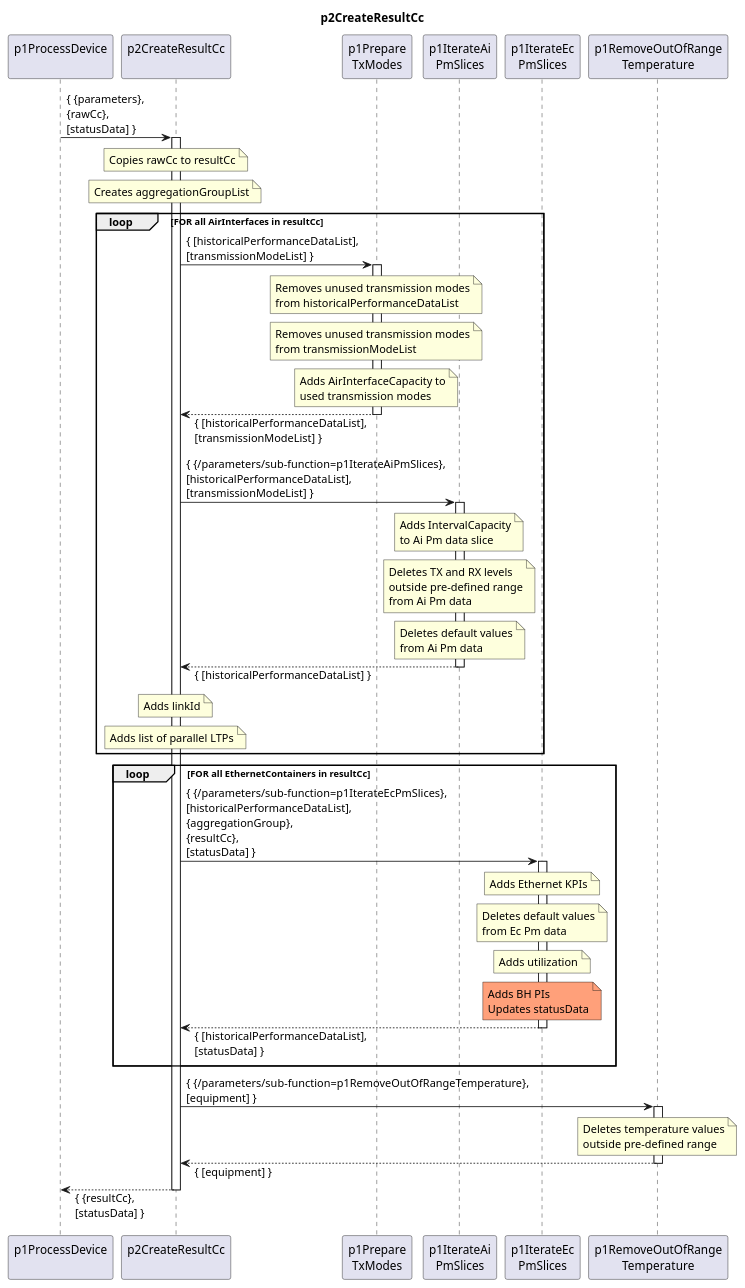
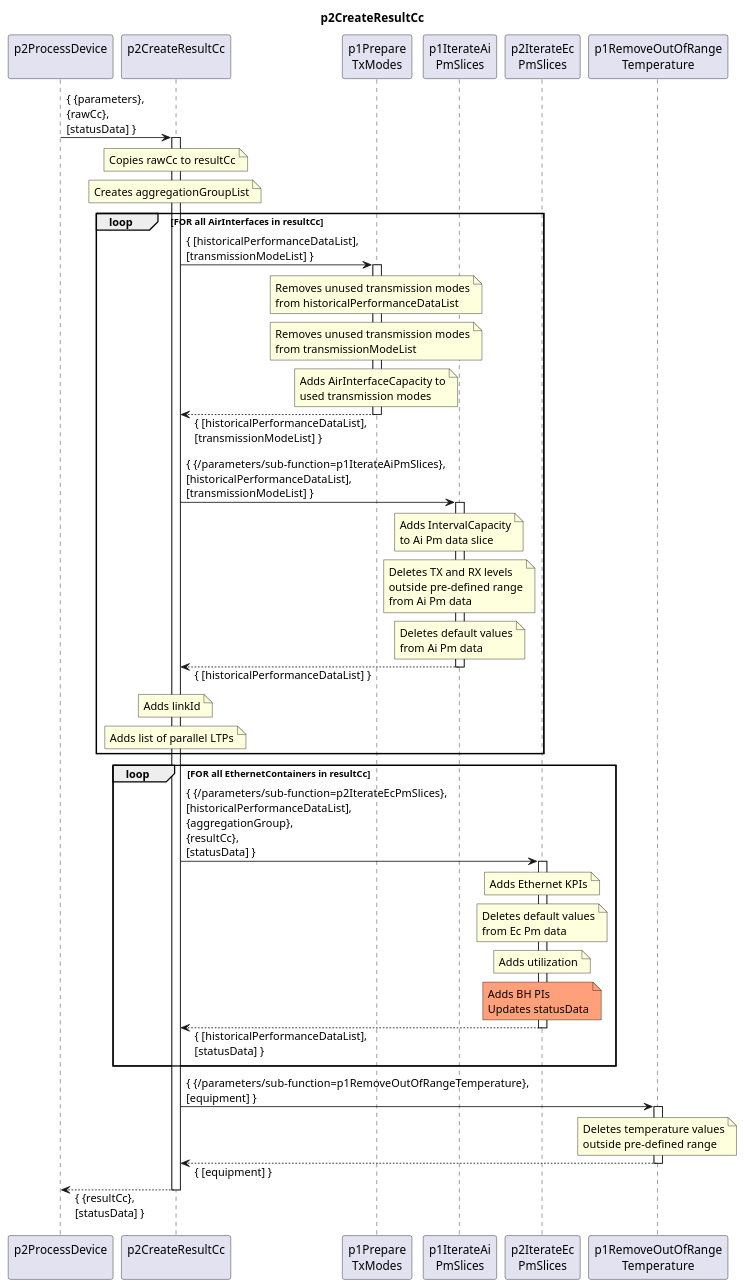
Before and after one commit to openBackhaul/DevicePerformanceManagementDataProcessor: the diagram in spec/Functions/p1StreamPmData/p2ProcessDevice/p2CreateResultCc/1.0.0/p2CreateResultCc.plantuml, drawn with PlantUML. The commit also changed 38 other files, not shown here.

Commit message:
Change versioning from p1IterateEcPmSlices v1.1.0 to p2IterateEcPmSlices v1.0.0

```diff
--- a/spec/Functions/p1StreamPmData/p2ProcessDevice/p2CreateResultCc/1.0.0/p2CreateResultCc.plantuml
+++ b/spec/Functions/p1StreamPmData/p2ProcessDevice/p2CreateResultCc/1.0.0/p2CreateResultCc.plantuml
@@ -1,124 +1,124 @@
 @startuml p2CreateResultCc
 skinparam responseMessageBelowArrow true
 
 title
   p2CreateResultCc
 end title
 
-participant "p1ProcessDevice\n" as requestor
+participant "p2ProcessDevice\n" as requestor
 participant "p2CreateResultCc\n" as cur
 participant "p1Prepare\nTxModes" as p1prepTxModes
 participant "p1IterateAi\nPmSlices" as p1IterateAi
-participant "p1IterateEc\nPmSlices" as p1IterateEc
+participant "p2IterateEc\nPmSlices" as p2IterateEc
 participant "p1RemoveOutOfRange\nTemperature" as p1RemoveTemp
 
 requestor -> cur : { {parameters},\n{rawCc},\n[statusData] }
 activate cur
 
   note over cur
     Copies rawCc to resultCc
   end note
 
   note over cur
     Creates aggregationGroupList
   end note
 
   loop FOR all AirInterfaces in resultCc
 
     cur -> p1prepTxModes : { [historicalPerformanceDataList],\n[transmissionModeList] }
     activate p1prepTxModes
 
       note over p1prepTxModes
         Removes unused transmission modes
         from historicalPerformanceDataList
       end note
 
       note over p1prepTxModes
         Removes unused transmission modes
         from transmissionModeList
       end note
 
       note over p1prepTxModes
         Adds AirInterfaceCapacity to
         used transmission modes
       end note
 
     cur <-- p1prepTxModes : { [historicalPerformanceDataList],\n[transmissionModeList] }
     deactivate p1prepTxModes
 
     cur -> p1IterateAi : { {/parameters/sub-function=p1IterateAiPmSlices},\n[historicalPerformanceDataList],\n[transmissionModeList] }
     activate p1IterateAi
 
       note over p1IterateAi
         Adds IntervalCapacity
         to Ai Pm data slice
       end note
 
       note over p1IterateAi
         Deletes TX and RX levels
         outside pre-defined range
         from Ai Pm data
       end note
 
       note over p1IterateAi
         Deletes default values
         from Ai Pm data
       end note
 
 
     cur <-- p1IterateAi : { [historicalPerformanceDataList] }
     deactivate p1IterateAi
 
     note over cur
       Adds linkId
     end note
 
     note over cur
       Adds list of parallel LTPs
     end note
 
   end
 
   loop FOR all EthernetContainers in resultCc
 
-    cur -> p1IterateEc : { {/parameters/sub-function=p1IterateEcPmSlices},\n[historicalPerformanceDataList],\n{aggregationGroup},\n{resultCc},\n[statusData] }
-    activate p1IterateEc
+    cur -> p2IterateEc : { {/parameters/sub-function=p2IterateEcPmSlices},\n[historicalPerformanceDataList],\n{aggregationGroup},\n{resultCc},\n[statusData] }
+    activate p2IterateEc
 
-      note over p1IterateEc
+      note over p2IterateEc
         Adds Ethernet KPIs
       end note
 
-      note over p1IterateEc
+      note over p2IterateEc
         Deletes default values
         from Ec Pm data
       end note
 
-      note over p1IterateEc
+      note over p2IterateEc
         Adds utilization
       end note
 
-      note over p1IterateEc #LightSalmon
+      note over p2IterateEc #LightSalmon
         Adds BH PIs
         Updates statusData
       end note
 
-    cur <-- p1IterateEc : { [historicalPerformanceDataList],\n[statusData] }
-    deactivate p1IterateEc
+    cur <-- p2IterateEc : { [historicalPerformanceDataList],\n[statusData] }
+    deactivate p2IterateEc
 
   end loop
 
   cur -> p1RemoveTemp : { {/parameters/sub-function=p1RemoveOutOfRangeTemperature},\n[equipment] }
   activate p1RemoveTemp
 
     note over p1RemoveTemp
       Deletes temperature values
       outside pre-defined range
     end note
 
   cur <-- p1RemoveTemp : { [equipment] }
   deactivate p1RemoveTemp
 
 requestor <-- cur : { {resultCc},\n[statusData] }
 deactivate cur
 
 @enduml
```
